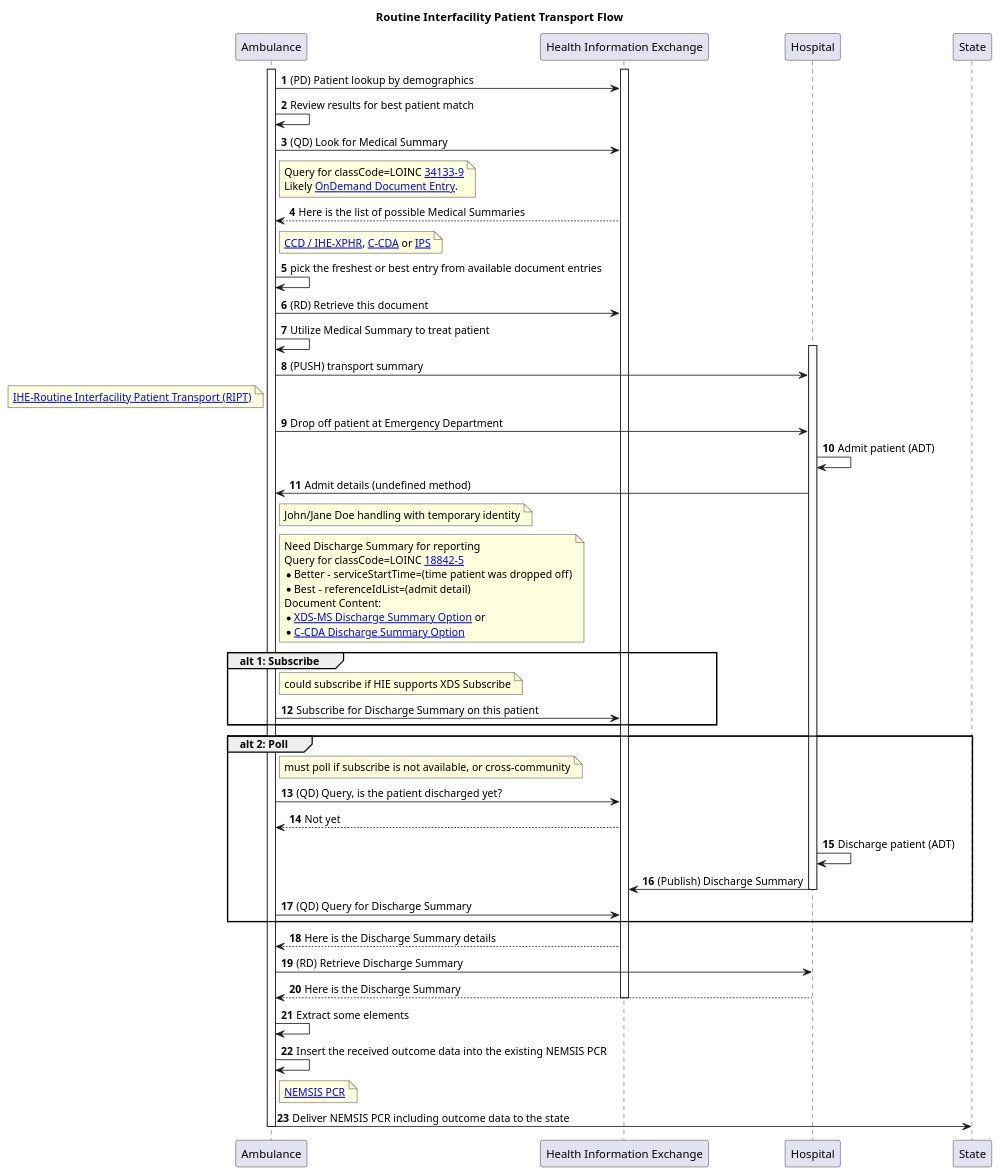
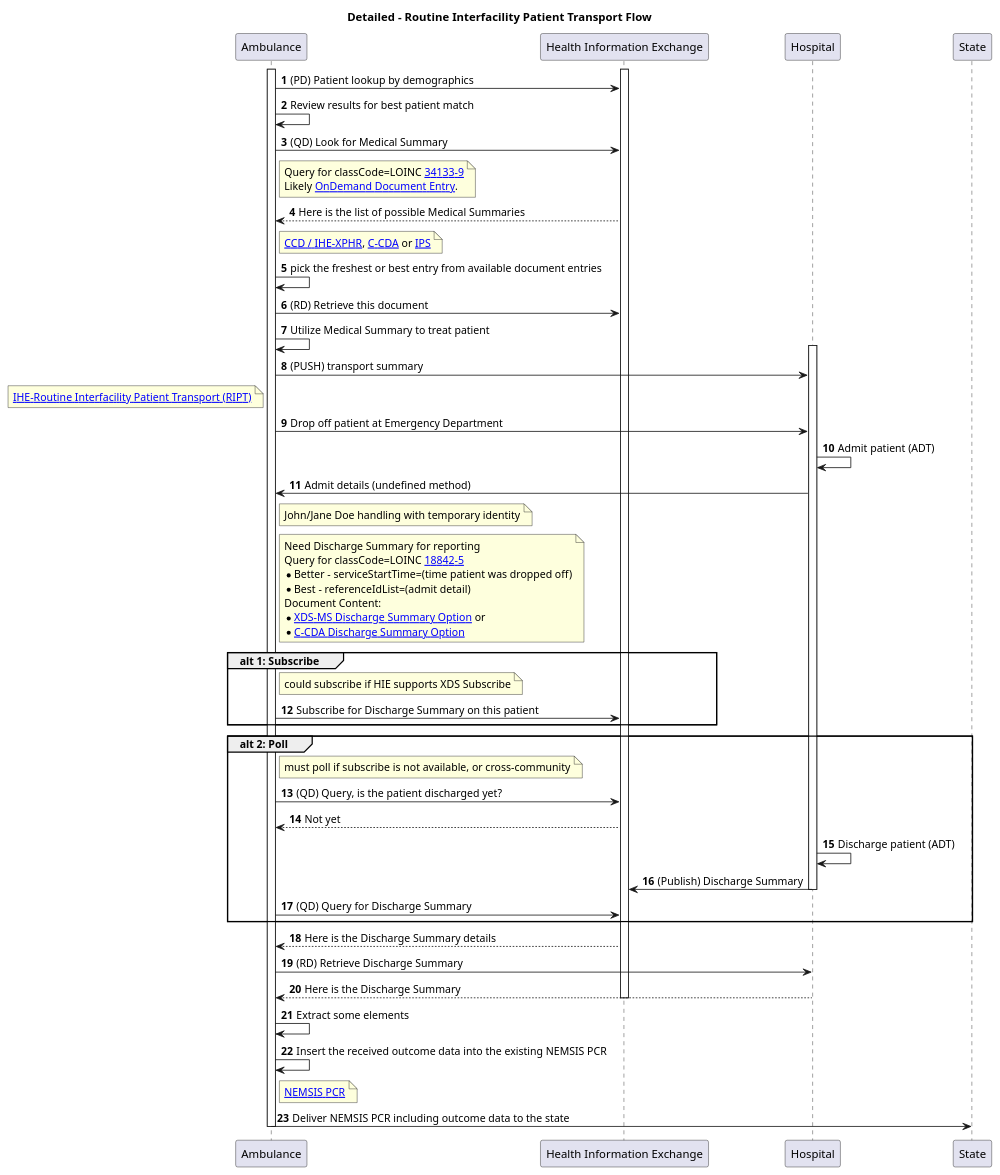
The diagram in input/images-source/usecase2-processflow.plantuml (IHE/EMS-Overall), drawn with PlantUML before and after one commit. The commit also changed 8 other files, not shown here.

```diff
--- a/input/images-source/usecase2-processflow.plantuml
+++ b/input/images-source/usecase2-processflow.plantuml
@@ -1,61 +1,61 @@
 @startuml
 skinparam svgDimensionStyle false
-title Routine Interfacility Patient Transport Flow
+title Detailed - Routine Interfacility Patient Transport Flow
 participant "Ambulance" as Ambulance
 participant "Health Information Exchange" as HIE [[https://profiles.ihe.net/ITI/HIE-Whitepaper/index.html HIE-Whitepaper]]
 autonumber
 activate Ambulance
 activate HIE
 Ambulance -> HIE: (PD) Patient lookup by demographics
 Ambulance -> Ambulance: Review results for best patient match
 
 Ambulance -> HIE: (QD) Look for Medical Summary
 Note right of Ambulance: Query for classCode=LOINC [[https://loinc.org/34133-9/ 34133-9]]\nLikely [[https://profiles.ihe.net/ITI/HIE-Whitepaper/index.html#212-dynamic-documents OnDemand Document Entry]].
 Ambulance <-- HIE: Here is the list of possible Medical Summaries
 Note right of Ambulance: [[https://www.ihe.net/uploadedFiles/Documents/PCC/IHE_PCC_TF_Vol1.pdf#nameddest=4_Exchange_of_Personal_Health_R CCD / IHE-XPHR]], [[https://www.hl7.org/ccdasearch/ C-CDA]] or [[https://hl7.org/fhir/uv/ips/ IPS]]
 Ambulance -> Ambulance: pick the freshest or best entry from available document entries
 
 Ambulance -> HIE: (RD) Retrieve this document
 Ambulance -> Ambulance: Utilize Medical Summary to treat patient
 
 activate Hospital
 Ambulance -> Hospital: (PUSH) transport summary 
 Note left of Ambulance: [[https://www.ihe.net/uploadedFiles/Documents/PCC/IHE_PCC_Suppl_RIPT.pdf IHE-Routine Interfacility Patient Transport (RIPT)]]
 
 Ambulance -> Hospital: Drop off patient at Emergency Department
 
 Hospital-> Hospital: Admit patient (ADT)
 
 Hospital -> Ambulance: Admit details (undefined method)
 Note right of Ambulance: John/Jane Doe handling with temporary identity
 
 Note right of Ambulance: Need Discharge Summary for reporting\nQuery for classCode=LOINC [[https://loinc.org/18842-5/ 18842-5]]\n* Better - serviceStartTime=(time patient was dropped off)\n* Best - referenceIdList=(admit detail)\nDocument Content:\n* [[https://www.ihe.net/uploadedFiles/Documents/PCC/IHE_PCC_TF_Vol1.pdf#nameddest=3_4_2_2_Discharge_Summary_Optio XDS-MS Discharge Summary Option]] or \n* [[https://www.hl7.org/ccdasearch/templates/2.16.840.1.113883.10.20.22.1.8.html C-CDA Discharge Summary Option]]
 group alt 1: Subscribe
     Note right of Ambulance: could subscribe if HIE supports XDS Subscribe
     Ambulance -> HIE: Subscribe for Discharge Summary on this patient 
 end group
 group alt 2: Poll
     Note right of Ambulance: must poll if subscribe is not available, or cross-community
     Ambulance -> HIE: (QD) Query, is the patient discharged yet? 
     Ambulance <-- HIE: Not yet
 
     Hospital -> Hospital: Discharge patient (ADT)
     Hospital -> HIE: (Publish) Discharge Summary
     deactivate Hospital
 
     Ambulance -> HIE: (QD) Query for Discharge Summary
 end group
 Ambulance <-- HIE: Here is the Discharge Summary details
 Ambulance -> Hospital: (RD) Retrieve Discharge Summary
 Ambulance <-- Hospital: Here is the Discharge Summary
 deactivate HIE
 
 
 Ambulance -> Ambulance: Extract some elements
 Ambulance -> Ambulance: Insert the received outcome data into the existing NEMSIS PCR
 Note right of Ambulance: [[https://nemsis.org/technical-resources NEMSIS PCR]]
 Ambulance -> State: Deliver NEMSIS PCR including outcome data to the state
 
 deactivate Ambulance
 
 @enduml
```
